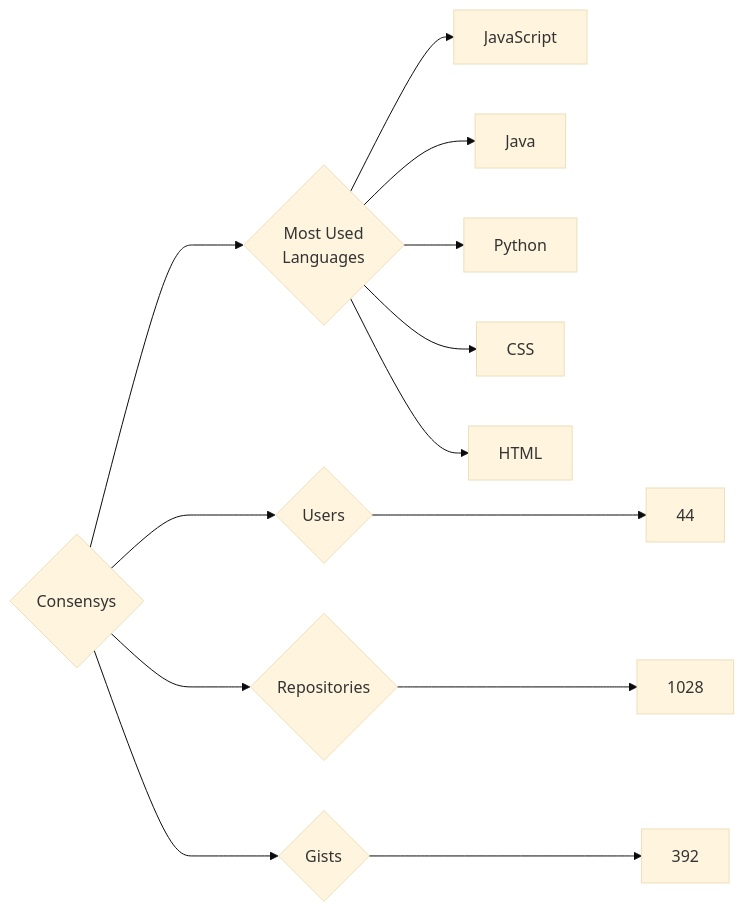
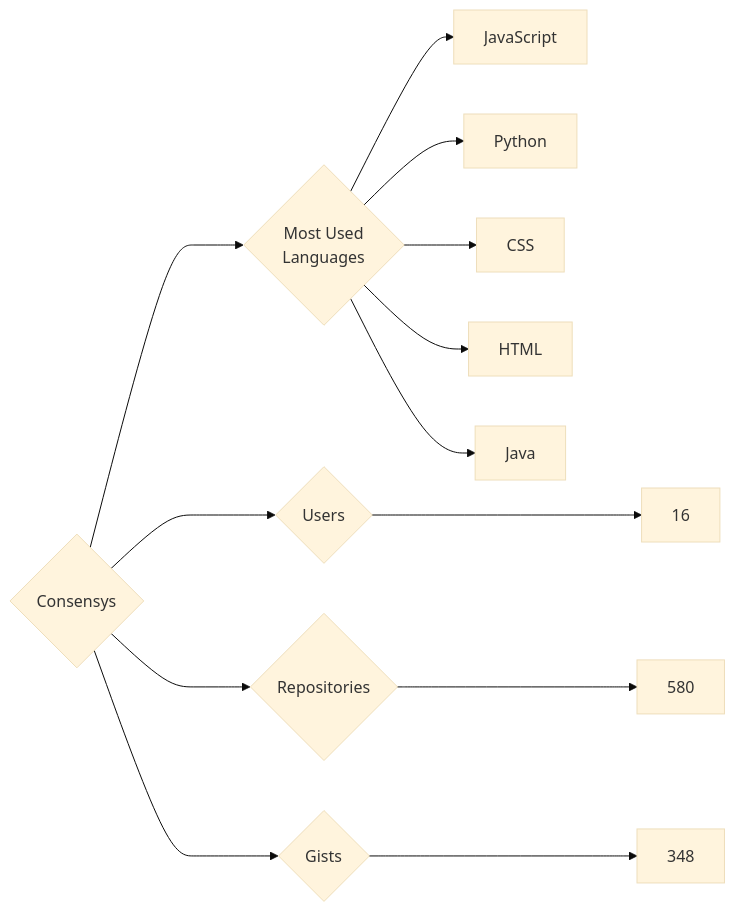
The diagram in targets/Consensys/README.md (trickest/insiders), drawn with Mermaid (base theme) before and after one commit. The commit also changed 775 other files, not shown here.

````diff
--- a/targets/Consensys/README.md
+++ b/targets/Consensys/README.md
@@ -3,13 +3,13 @@
 ```mermaid
 graph LR
 COMPANY_NAME{Consensys}
-COMPANY_NAME ---> U{Users} ---> UN[44]
-COMPANY_NAME ---> R{Repositories} ---> RN[1028]
-COMPANY_NAME ---> G{Gists} ---> GN[392]
+COMPANY_NAME ---> U{Users} ---> UN[16]
+COMPANY_NAME ---> R{Repositories} ---> RN[580]
+COMPANY_NAME ---> G{Gists} ---> GN[348]
 COMPANY_NAME ---> ML{Most Used<br>Languages}
 ML --> JavaScript[JavaScript]
-ML --> Java[Java]
 ML --> Python[Python]
 ML --> CSS[CSS]
 ML --> HTML[HTML]
+ML --> Java[Java]
 ```
````
